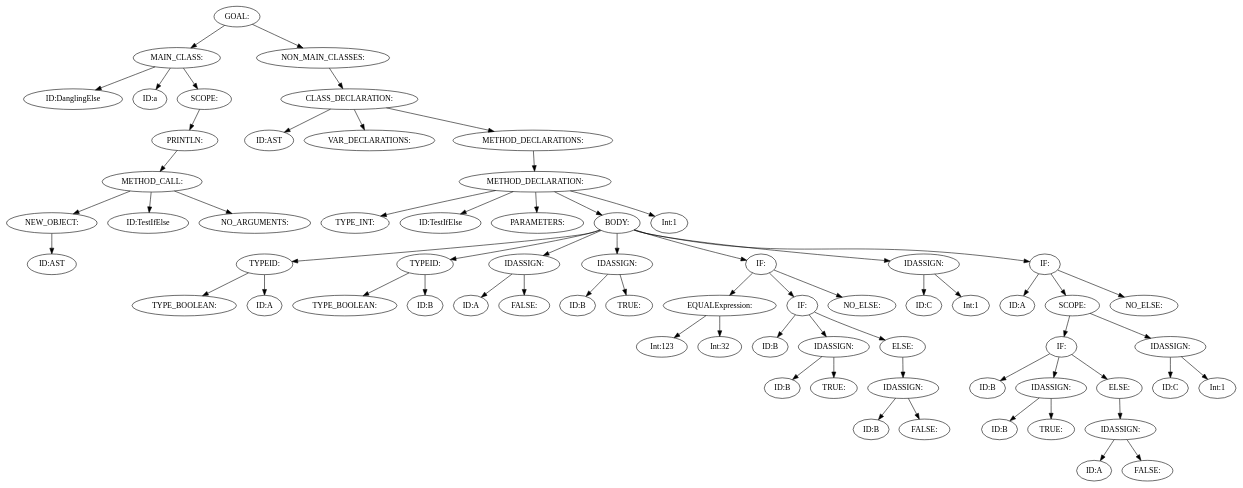
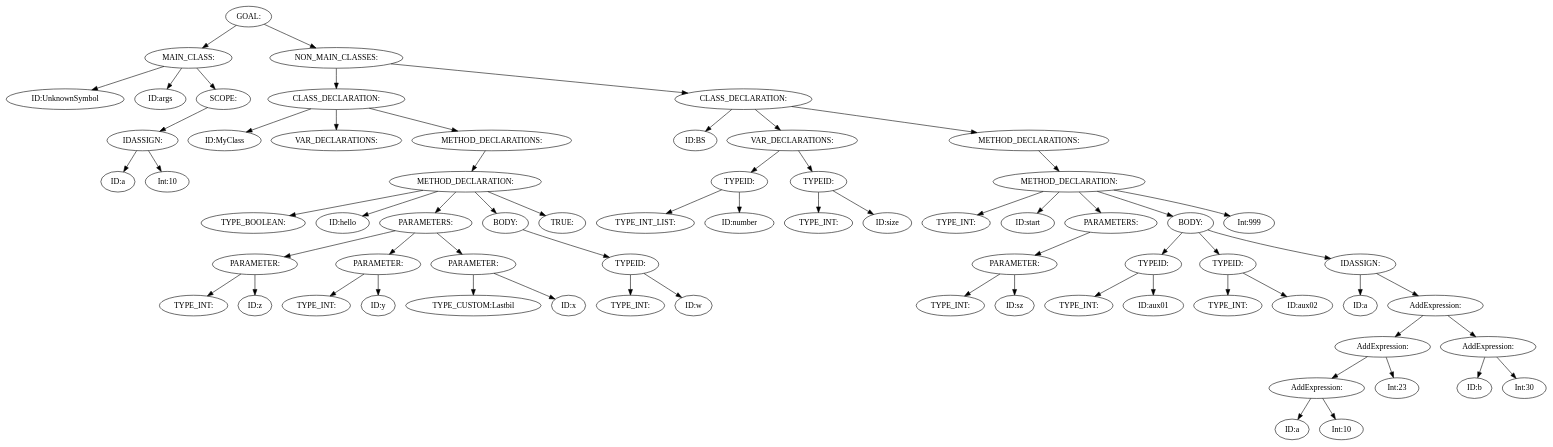
Before and after one commit to RealNexa/DV1655-compiler: the diagram in getting_started/tree.dot, drawn with Graphviz. The commit also changed 3 other files, not shown here.

```diff
--- a/getting_started/tree.dot
+++ b/getting_started/tree.dot
@@ -1,135 +1,135 @@
 digraph {
 n0 [label="GOAL:"];
 n1 [label="MAIN_CLASS:"];
-n2 [label="ID:DanglingElse"];
+n2 [label="ID:UnknownSymbol"];
 n1 -> n2
-n3 [label="ID:a"];
+n3 [label="ID:args"];
 n1 -> n3
 n4 [label="SCOPE:"];
-n5 [label="PRINTLN:"];
-n6 [label="METHOD_CALL:"];
-n7 [label="NEW_OBJECT:"];
-n8 [label="ID:AST"];
-n7 -> n8
-n6 -> n7
-n9 [label="ID:TestIfElse"];
-n6 -> n9
-n10 [label="NO_ARGUMENTS:"];
-n6 -> n10
+n5 [label="IDASSIGN:"];
+n6 [label="ID:a"];
 n5 -> n6
+n7 [label="Int:10"];
+n5 -> n7
 n4 -> n5
 n1 -> n4
 n0 -> n1
-n11 [label="NON_MAIN_CLASSES:"];
-n12 [label="CLASS_DECLARATION:"];
-n13 [label="ID:AST"];
+n8 [label="NON_MAIN_CLASSES:"];
+n9 [label="CLASS_DECLARATION:"];
+n10 [label="ID:MyClass"];
+n9 -> n10
+n11 [label="VAR_DECLARATIONS:"];
+n9 -> n11
+n12 [label="METHOD_DECLARATIONS:"];
+n13 [label="METHOD_DECLARATION:"];
+n14 [label="TYPE_BOOLEAN:"];
+n13 -> n14
+n15 [label="ID:hello"];
+n13 -> n15
+n16 [label="PARAMETERS:"];
+n17 [label="PARAMETER:"];
+n18 [label="TYPE_INT:"];
+n17 -> n18
+n19 [label="ID:z"];
+n17 -> n19
+n16 -> n17
+n20 [label="PARAMETER:"];
+n21 [label="TYPE_INT:"];
+n20 -> n21
+n22 [label="ID:y"];
+n20 -> n22
+n16 -> n20
+n23 [label="PARAMETER:"];
+n24 [label="TYPE_CUSTOM:Lastbil"];
+n23 -> n24
+n25 [label="ID:x"];
+n23 -> n25
+n16 -> n23
+n13 -> n16
+n26 [label="BODY:"];
+n27 [label="TYPEID:"];
+n28 [label="TYPE_INT:"];
+n27 -> n28
+n29 [label="ID:w"];
+n27 -> n29
+n26 -> n27
+n13 -> n26
+n30 [label="TRUE:"];
+n13 -> n30
 n12 -> n13
-n14 [label="VAR_DECLARATIONS:"];
-n12 -> n14
-n15 [label="METHOD_DECLARATIONS:"];
-n16 [label="METHOD_DECLARATION:"];
-n17 [label="TYPE_INT:"];
-n16 -> n17
-n18 [label="ID:TestIfElse"];
-n16 -> n18
-n19 [label="PARAMETERS:"];
-n16 -> n19
-n20 [label="BODY:"];
-n21 [label="TYPEID:"];
-n22 [label="TYPE_BOOLEAN:"];
-n21 -> n22
-n23 [label="ID:A"];
-n21 -> n23
-n20 -> n21
-n24 [label="TYPEID:"];
-n25 [label="TYPE_BOOLEAN:"];
-n24 -> n25
-n26 [label="ID:B"];
-n24 -> n26
-n20 -> n24
-n27 [label="IDASSIGN:"];
-n28 [label="ID:A"];
-n27 -> n28
-n29 [label="FALSE:"];
-n27 -> n29
-n20 -> n27
-n30 [label="IDASSIGN:"];
-n31 [label="ID:B"];
-n30 -> n31
-n32 [label="TRUE:"];
-n30 -> n32
-n20 -> n30
-n33 [label="IF:"];
-n34 [label="EQUALExpression:"];
-n35 [label="Int:123"];
+n9 -> n12
+n8 -> n9
+n31 [label="CLASS_DECLARATION:"];
+n32 [label="ID:BS"];
+n31 -> n32
+n33 [label="VAR_DECLARATIONS:"];
+n34 [label="TYPEID:"];
+n35 [label="TYPE_INT_LIST:"];
 n34 -> n35
-n36 [label="Int:32"];
+n36 [label="ID:number"];
 n34 -> n36
 n33 -> n34
-n37 [label="IF:"];
-n38 [label="ID:B"];
+n37 [label="TYPEID:"];
+n38 [label="TYPE_INT:"];
 n37 -> n38
-n39 [label="IDASSIGN:"];
-n40 [label="ID:B"];
-n39 -> n40
-n41 [label="TRUE:"];
-n39 -> n41
+n39 [label="ID:size"];
 n37 -> n39
-n42 [label="ELSE:"];
-n43 [label="IDASSIGN:"];
-n44 [label="ID:B"];
-n43 -> n44
-n45 [label="FALSE:"];
-n43 -> n45
-n42 -> n43
-n37 -> n42
 n33 -> n37
-n46 [label="NO_ELSE:"];
-n33 -> n46
-n20 -> n33
-n47 [label="IDASSIGN:"];
-n48 [label="ID:C"];
-n47 -> n48
-n49 [label="Int:1"];
-n47 -> n49
-n20 -> n47
-n50 [label="IF:"];
-n51 [label="ID:A"];
-n50 -> n51
-n52 [label="SCOPE:"];
-n53 [label="IF:"];
-n54 [label="ID:B"];
-n53 -> n54
+n31 -> n33
+n40 [label="METHOD_DECLARATIONS:"];
+n41 [label="METHOD_DECLARATION:"];
+n42 [label="TYPE_INT:"];
+n41 -> n42
+n43 [label="ID:start"];
+n41 -> n43
+n44 [label="PARAMETERS:"];
+n45 [label="PARAMETER:"];
+n46 [label="TYPE_INT:"];
+n45 -> n46
+n47 [label="ID:sz"];
+n45 -> n47
+n44 -> n45
+n41 -> n44
+n48 [label="BODY:"];
+n49 [label="TYPEID:"];
+n50 [label="TYPE_INT:"];
+n49 -> n50
+n51 [label="ID:aux01"];
+n49 -> n51
+n48 -> n49
+n52 [label="TYPEID:"];
+n53 [label="TYPE_INT:"];
+n52 -> n53
+n54 [label="ID:aux02"];
+n52 -> n54
+n48 -> n52
 n55 [label="IDASSIGN:"];
-n56 [label="ID:B"];
+n56 [label="ID:a"];
 n55 -> n56
-n57 [label="TRUE:"];
-n55 -> n57
-n53 -> n55
-n58 [label="ELSE:"];
-n59 [label="IDASSIGN:"];
-n60 [label="ID:A"];
+n57 [label="AddExpression:"];
+n58 [label="AddExpression:"];
+n59 [label="AddExpression:"];
+n60 [label="ID:a"];
 n59 -> n60
-n61 [label="FALSE:"];
+n61 [label="Int:10"];
 n59 -> n61
 n58 -> n59
-n53 -> n58
-n52 -> n53
-n62 [label="IDASSIGN:"];
-n63 [label="ID:C"];
-n62 -> n63
-n64 [label="Int:1"];
-n62 -> n64
-n52 -> n62
-n50 -> n52
-n65 [label="NO_ELSE:"];
-n50 -> n65
-n20 -> n50
-n16 -> n20
-n66 [label="Int:1"];
-n16 -> n66
-n15 -> n16
-n12 -> n15
-n11 -> n12
-n0 -> n11
+n62 [label="Int:23"];
+n58 -> n62
+n57 -> n58
+n63 [label="AddExpression:"];
+n64 [label="ID:b"];
+n63 -> n64
+n65 [label="Int:30"];
+n63 -> n65
+n57 -> n63
+n55 -> n57
+n48 -> n55
+n41 -> n48
+n66 [label="Int:999"];
+n41 -> n66
+n40 -> n41
+n31 -> n40
+n8 -> n31
+n0 -> n8
 }
```
